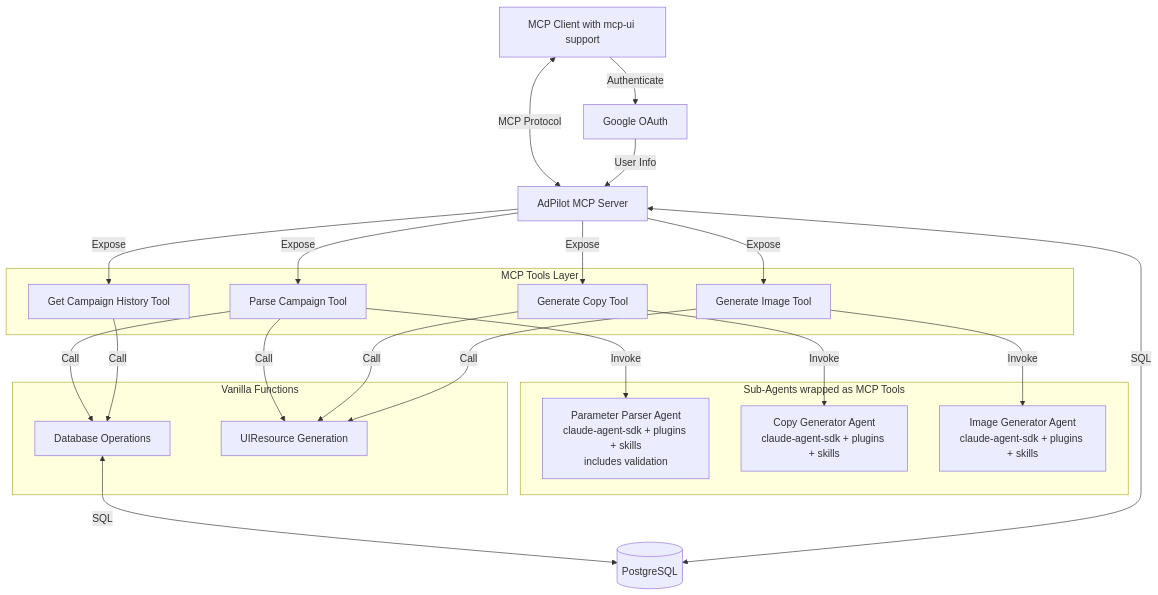
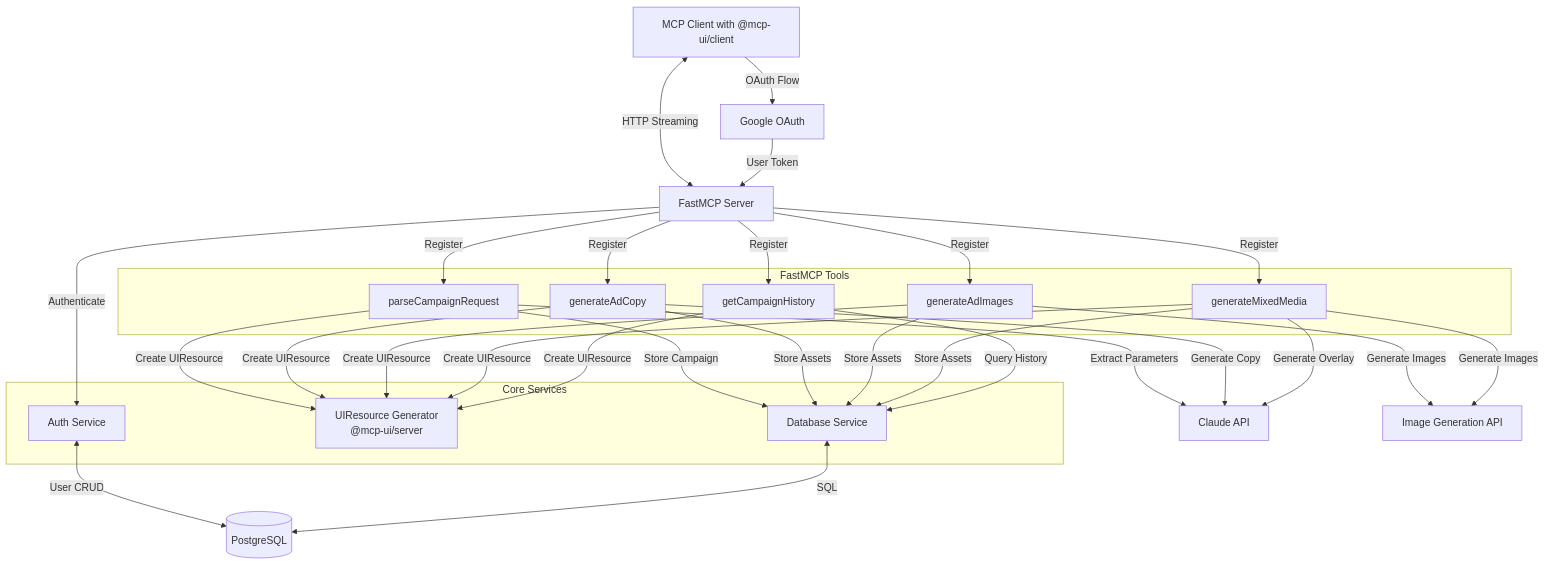
The first of 2 diagrams in .kiro/specs/feedmob-adpilot-mcp/design.md (feed-mob/feedmob-adpilot-mcp), drawn with Mermaid before and after one commit. The commit also changed other lines of this file and 5 other files, not shown here.

````diff
--- a/.kiro/specs/feedmob-adpilot-mcp/design.md
+++ b/.kiro/specs/feedmob-adpilot-mcp/design.md
@@ -20,43 +20,57 @@
 ```mermaid
 graph TB
-    Client[MCP Client with mcp-ui support]
-    Server[AdPilot MCP Server]
+    Client[MCP Client with @mcp-ui/client]
+    FastMCP[FastMCP Server]
     DB[(PostgreSQL)]
     OAuth[Google OAuth]
+    Claude[Claude API]
+    ImgAPI[Image Generation API]
     
-    subgraph "MCP Tools Layer"
-        Tool1[Parse Campaign Tool]
-        Tool2[Generate Copy Tool]
-        Tool3[Generate Image Tool]
-        Tool4[Get Campaign History Tool]
+    subgraph "FastMCP Tools"
+        Tool1[parseCampaignRequest]
+        Tool2[generateAdCopy]
+        Tool3[generateAdImages]
+        Tool4[generateMixedMedia]
+        Tool5[getCampaignHistory]
     end
     
-    subgraph "Sub-Agents wrapped as MCP Tools"
-        Parser[Parameter Parser Agent<br/>claude-agent-sdk + plugins + skills<br/>includes validation]
-        CopyGen[Copy Generator Agent<br/>claude-agent-sdk + plugins + skills]
-        ImageGen[Image Generator Agent<br/>claude-agent-sdk + plugins + skills]
+    subgraph "Core Services"
+        DBService[Database Service]
+        UIService[UIResource Generator<br/>@mcp-ui/server]
+        AuthService[Auth Service]
     end
     
-    subgraph "Vanilla Functions"
-        DBFunc[Database Operations]
-        UIFunc[UIResource Generation]
-    end
+    Client <-->|HTTP Streaming| FastMCP
+    Client -->|OAuth Flow| OAuth
+    OAuth -->|User Token| FastMCP
+    FastMCP -->|Authenticate| AuthService
+    AuthService <-->|User CRUD| DB
     
-    Client <-->|MCP Protocol| Server
-    Client -->|Authenticate| OAuth
-    OAuth -->|User Info| Server
-    Server -->|Expose| Tool1
-    Server -->|Expose| Tool2
-    Server -->|Expose| Tool3
-    Server -->|Expose| Tool4
-    Tool1 -->|Invoke| Parser
-    Tool1 -->|Call| DBFunc
-    Tool2 -->|Invoke| CopyGen
-    Tool3 -->|Invoke| ImageGen
-    Tool4 -->|Call| DBFunc
-    Tool1 -->|Call| UIFunc
-    Tool2 -->|Call| UIFunc
-    Tool3 -->|Call| UIFunc
-    DBFunc <-->|SQL| DB
-    Server <-->|SQL| DB
+    FastMCP -->|Register| Tool1
+    FastMCP -->|Register| Tool2
+    FastMCP -->|Register| Tool3
+    FastMCP -->|Register| Tool4
+    FastMCP -->|Register| Tool5
+    
+    Tool1 -->|Extract Parameters| Claude
+    Tool1 -->|Store Campaign| DBService
+    Tool1 -->|Create UIResource| UIService
+    
+    Tool2 -->|Generate Copy| Claude
+    Tool2 -->|Store Assets| DBService
+    Tool2 -->|Create UIResource| UIService
+    
+    Tool3 -->|Generate Images| ImgAPI
+    Tool3 -->|Store Assets| DBService
+    Tool3 -->|Create UIResource| UIService
+    
+    Tool4 -->|Generate Images| ImgAPI
+    Tool4 -->|Generate Overlay| Claude
+    Tool4 -->|Store Assets| DBService
+    Tool4 -->|Create UIResource| UIService
+    
+    Tool5 -->|Query History| DBService
+    Tool5 -->|Create UIResource| UIService
+    
+    DBService <-->|SQL| DB
 ```
````
